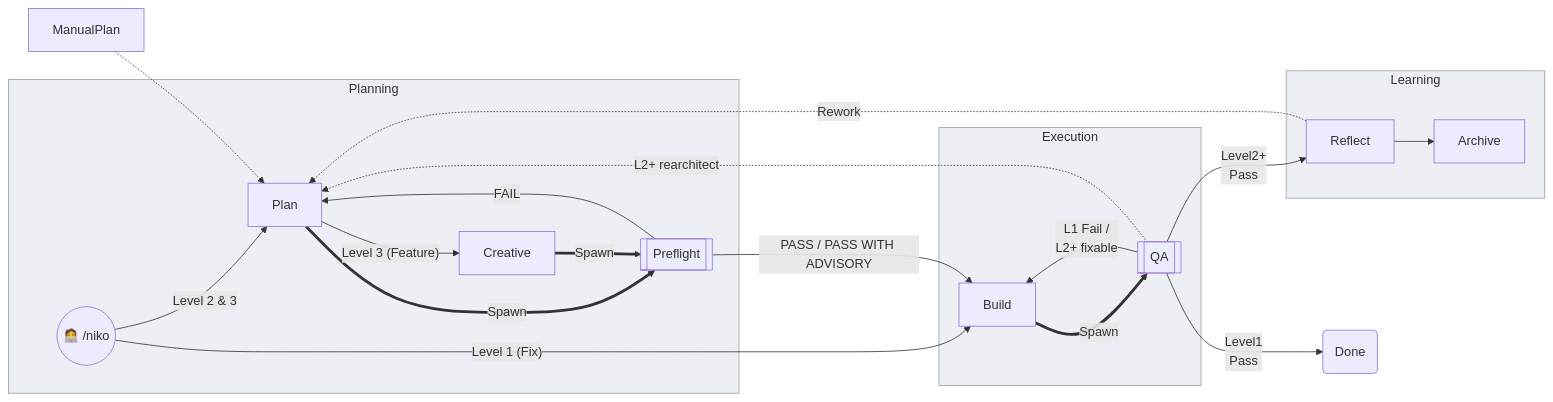
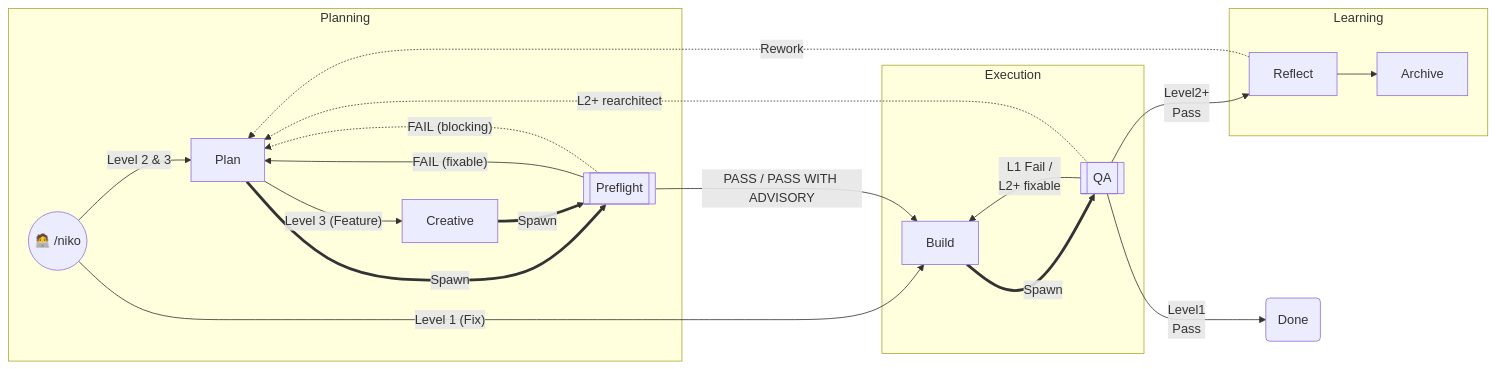
One commit to Texarkanine/.cursor-rules changed the second of 6 diagrams in rulesets/niko/README.md. Above: the diagram before and after it, drawn with Mermaid. The commit also changed other lines of this file and 6 other files, not shown here.

````diff
--- a/rulesets/niko/README.md
+++ b/rulesets/niko/README.md
@@ -93,38 +93,37 @@
 ```mermaid
 flowchart LR
 	Niko(("🧑‍💻 /niko"))
 	Archive["Archive"]
 
 	subgraph Planning
 		Plan["Plan"]
 		Creative["Creative"]
 		Niko -- "Level 2 & 3" --> Plan
 		Plan -- "Level 3 (Feature)" --> Creative
 		Plan ==Spawn==> NikoPreflight[["Preflight"]]
 		Creative ==Spawn==> NikoPreflight
 	end
 
 	Niko -- "Level 1 (Fix)" --> Build
 	NikoPreflight -->|"PASS / PASS WITH ADVISORY"| Build
-	NikoPreflight -->|"FAIL"| Plan
-	ManualPlan -.-> Plan
+	NikoPreflight -->|"FAIL (fixable)"| Plan
+    NikoPreflight -.->|"FAIL (blocking)"| Plan
 
 	subgraph Execution
 		Build["Build"]
 		Build ==Spawn==> NikoQA[["QA"]]
 	end
 
 	NikoQA -->|"L1 Fail /<br>L2+ fixable"| Build
 	NikoQA -.->|"L2+ rearchitect"| Plan
 	NikoQA -->|"Level1<br>Pass"| Done("Done")
 	NikoQA -->|"Level2+<br>Pass"| Reflect
 
 	subgraph Learning
 		Reflect["Reflect"]
 		Reflect -.->|"Rework"| Plan
 		Reflect --> Archive
 	end
 
-	classDef ideology fill:#eceff4,stroke:#9aa0a6,color:#333
 	class Planning,Execution,Learning ideology
 ```
````
